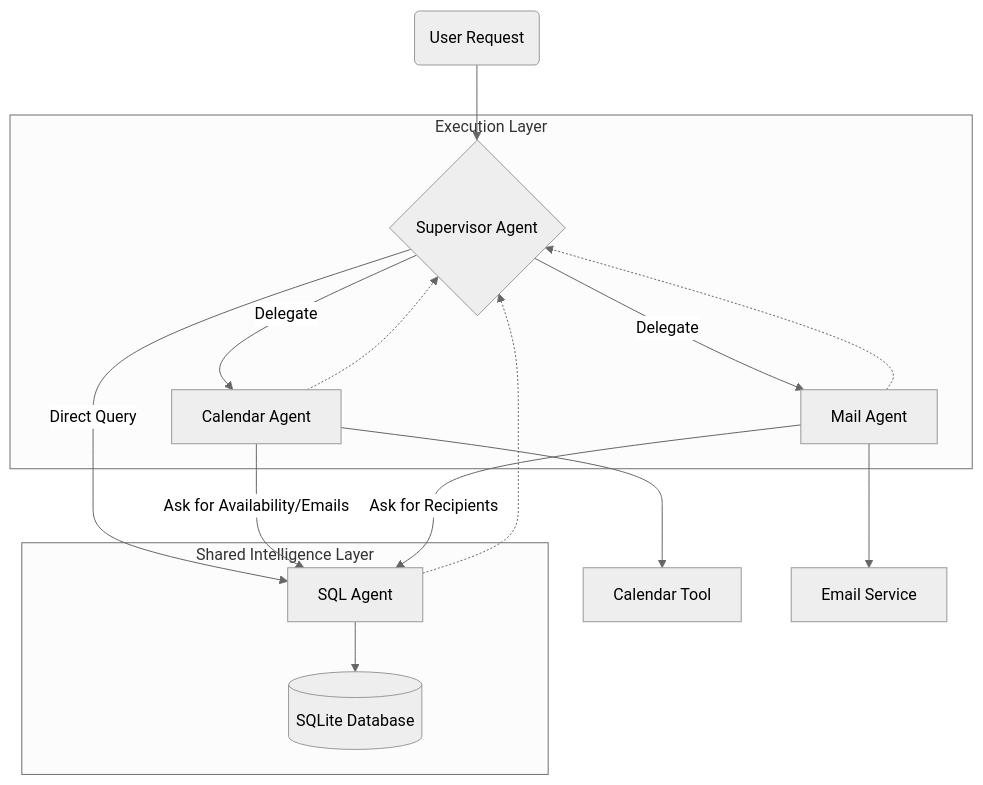
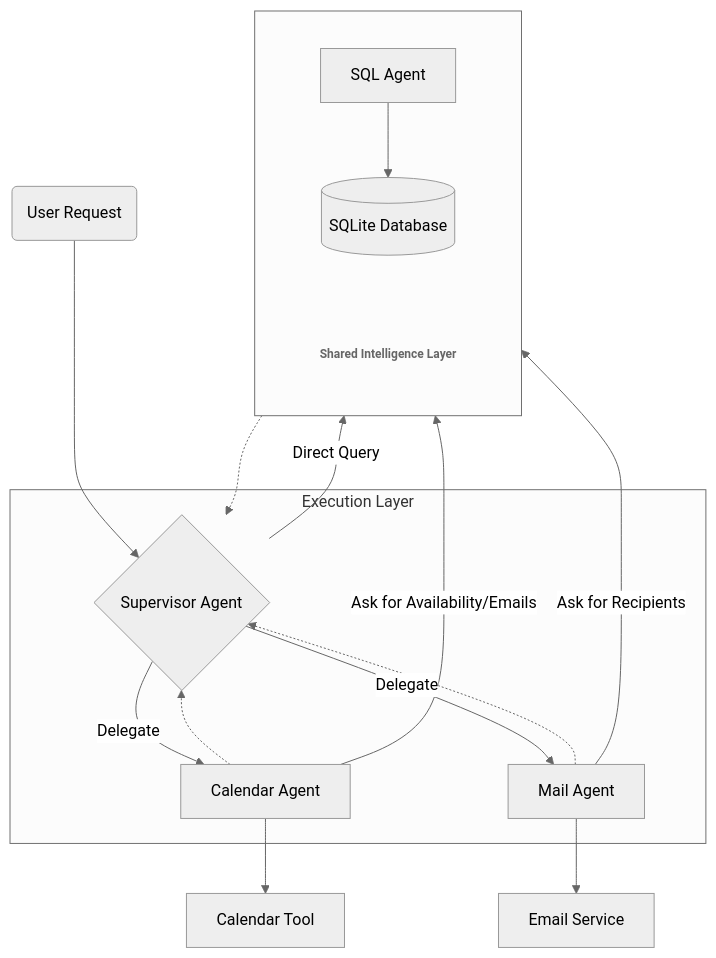
The diagram in README.md (danielecelsa/mail-calendar-assistant), drawn with Mermaid (neutral theme) before and after one commit.

Commit message:
Readme graph

````diff
--- a/README.md
+++ b/README.md
@@ -45,31 +45,43 @@
 ```mermaid
 graph TD
     User(User Request) --> Supervisor{Supervisor Agent}
     
     subgraph "Execution Layer"
         Supervisor -- "Delegate" --> Cal[Calendar Agent]
         Supervisor -- "Delegate" --> Mail[Mail Agent]
     end
     
-    subgraph "Shared Intelligence Layer"
+    %% We leave the subgraph title blank " " 
+    subgraph SIL [" "]
+        direction TB
         SQL[SQL Agent]
         DB[(SQLite Database)]
         SQL --> DB
+        
+        %% This acts as your label at the bottom
+        LayerLabel[Shared Intelligence Layer]
     end
+    
+    %% Force the label to the bottom using an invisible link
+    DB ~~~ LayerLabel
     
     %% The Supervisor can call SQL directly
     Supervisor -- "Direct Query" --> SQL
     
-    %% The CRITICAL part: Workers calling the SQL Agent
+    %% Workers calling the SQL Agent
     Cal -- "Ask for Availability/Emails" --> SQL
     Mail -- "Ask for Recipients" --> SQL
     
     %% Tools
     Cal --> GCal[Calendar Tool]
     Mail --> SMTP[Email Service]
     
     %% Returns
     Cal -.-> Supervisor
     Mail -.-> Supervisor
     SQL -.-> Supervisor
+
+    %% Styling to make the "Fake Label" look like a subgraph title
+    classDef labelStyle fill:none,stroke:none,color:#666,font-weight:bold,font-size:12px;
+    class LayerLabel labelStyle;
 ```
````
